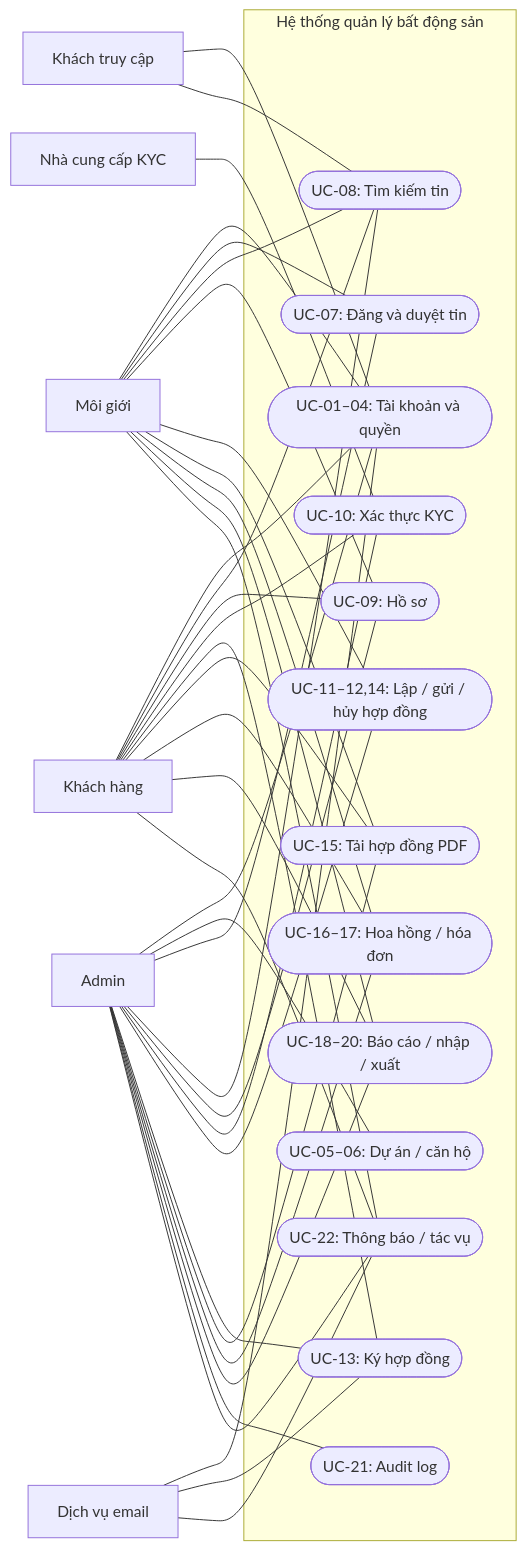
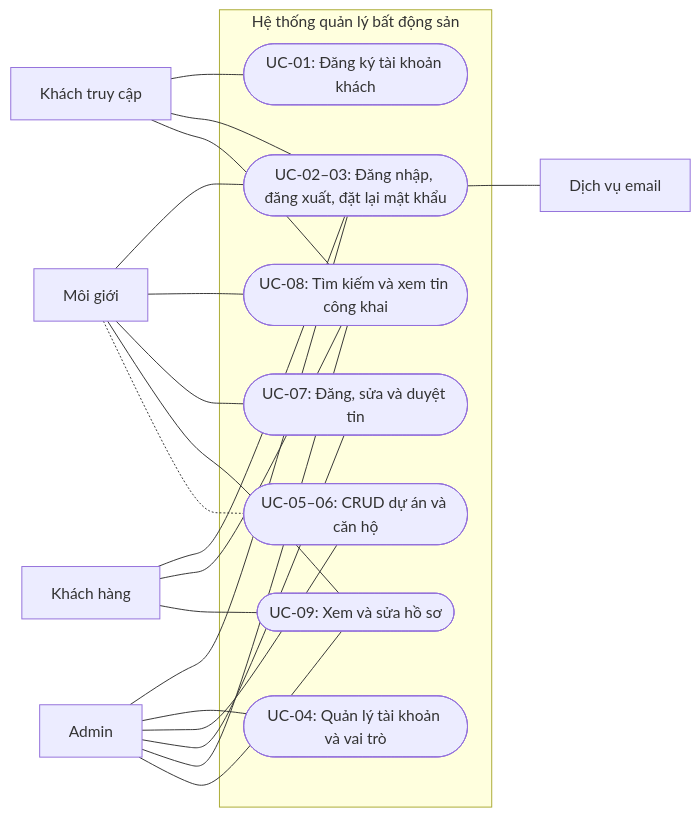
One commit to nvdat16/Real-Estate-Management changed the second of 5 diagrams in docs/USE_CASES.md. Above: the diagram before and after it, drawn with Mermaid. The commit also changed other lines of this file, not shown here.

Commit message:
docs(spec): add missing list routes and define export file purposes

````diff
--- a/docs/USE_CASES.md
+++ b/docs/USE_CASES.md
@@ -28,32 +113,26 @@
 ```mermaid
 flowchart LR
     G["Khách truy cập"]
     C["Khách hàng"]
     A["Môi giới"]
     M["Admin"]
-    K["Nhà cung cấp KYC"]
+
+    subgraph S1["Hệ thống quản lý bất động sản"]
+        REG(["UC-01: Đăng ký tài khoản khách"])
+        AUTH(["UC-02–03: Đăng nhập, đăng xuất, đặt lại mật khẩu"])
+        USERADM(["UC-04: Quản lý tài khoản và vai trò"])
+        CAT(["UC-05–06: CRUD dự án và căn hộ"])
+        LIST(["UC-07: Đăng, sửa và duyệt tin"])
+        SEARCH(["UC-08: Tìm kiếm và xem tin công khai"])
+        PROFILE(["UC-09: Xem và sửa hồ sơ"])
+    end
+
     E["Dịch vụ email"]
 
-    subgraph SYS["Hệ thống quản lý bất động sản"]
-        AUTH(["UC-01–04: Tài khoản và quyền"])
-        CAT(["UC-05–06: Dự án / căn hộ"])
-        LIST(["UC-07: Đăng và duyệt tin"])
-        SEARCH(["UC-08: Tìm kiếm tin"])
-        PROFILE(["UC-09: Hồ sơ"])
-        KYC(["UC-10: Xác thực KYC"])
-        CONTRACT(["UC-11–12,14: Lập / gửi / hủy hợp đồng"])
-        SIGN(["UC-13: Ký hợp đồng"])
-        PDF(["UC-15: Tải hợp đồng PDF"])
-        MONEY(["UC-16–17: Hoa hồng / hóa đơn"])
-        REPORT(["UC-18–20: Báo cáo / nhập / xuất"])
-        AUDIT(["UC-21: Audit log"])
-        JOB(["UC-22: Thông báo / tác vụ"])
-    end
-
-    G --- AUTH & SEARCH
-    C --- AUTH & SEARCH & PROFILE & KYC & SIGN & PDF & MONEY & REPORT & JOB
-    A --- AUTH & LIST & SEARCH & PROFILE & CONTRACT & PDF & MONEY & REPORT & JOB
-    M --- AUTH & CAT & LIST & SEARCH & PROFILE & KYC & CONTRACT & SIGN & PDF & MONEY & REPORT & AUDIT & JOB
-    K --- KYC
-    E --- AUTH & SIGN & JOB
+    G --- REG & AUTH & SEARCH
+    C --- AUTH & SEARCH & PROFILE
+    A --- AUTH & SEARCH & LIST & PROFILE
+    A -.- CAT
+    M --- AUTH & USERADM & CAT & LIST & SEARCH & PROFILE
+    AUTH --- E
 ```
````
